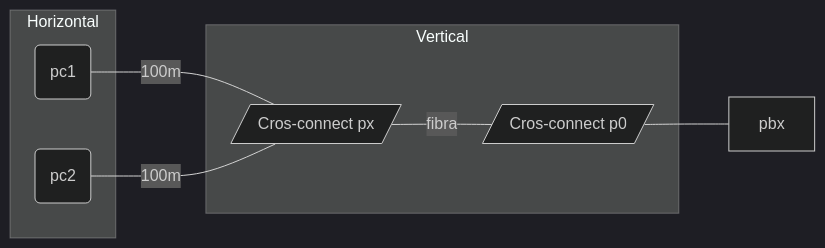
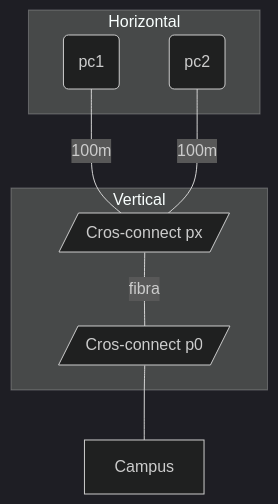
The diagram in 3/3.1/xi/teoríca/xi-cableado_estructurado.md (Adega318/uni-apuntes), drawn with Mermaid (dark theme) before and after one commit. The commit also changed other lines of this file, not shown here.

````diff
--- a/3/3.1/xi/teoríca/xi-cableado_estructurado.md
+++ b/3/3.1/xi/teoríca/xi-cableado_estructurado.md
@@ -32,16 +32,16 @@
 ```mermaid
-flowchart LR
+flowchart TD
 	subgraph Horizontal
 		p1(pc1)
 		p2(pc2)
 	end
 	subgraph Vertical
 		t1[/Cros-connect px/]
 		t2[/Cros-connect p0/]
 	end
 	p1---|100m|t1
 	p2---|100m|t1
 	t1---|fibra|t2
-	t2---pbx
+	t2---Campus
 
 ```
````
